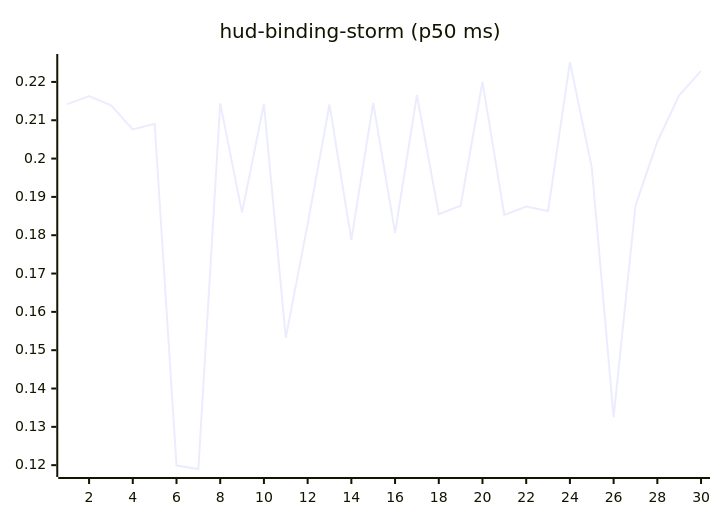
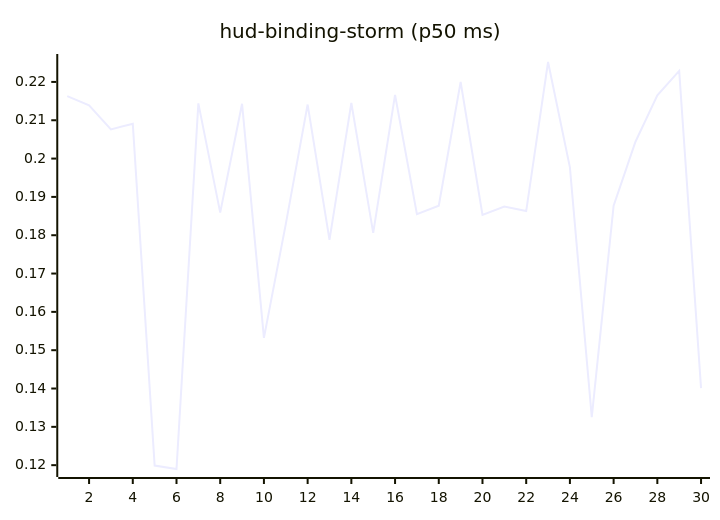
The tenth of 27 diagrams in README.md (josha/Facet), drawn with Mermaid before and after one commit. The commit also changed other lines of this file and 2 other files, not shown here.

````diff
--- a/README.md
+++ b/README.md
@@ -126,6 +126,6 @@
 ```mermaid
 xychart-beta
     title "hud-binding-storm (p50 ms)"
     x-axis 1 --> 30
-    line [0.2142, 0.2163, 0.2139, 0.2076, 0.2091, 0.1199, 0.1190, 0.2144, 0.1859, 0.2143, 0.1532, 0.1829, 0.2141, 0.1788, 0.2145, 0.1806, 0.2166, 0.1855, 0.1877, 0.2200, 0.1853, 0.1875, 0.1863, 0.2252, 0.1977, 0.1325, 0.1877, 0.2044, 0.2165, 0.2229]
+    line [0.2163, 0.2139, 0.2076, 0.2091, 0.1199, 0.1190, 0.2144, 0.1859, 0.2143, 0.1532, 0.1829, 0.2141, 0.1788, 0.2145, 0.1806, 0.2166, 0.1855, 0.1877, 0.2200, 0.1853, 0.1875, 0.1863, 0.2252, 0.1977, 0.1325, 0.1877, 0.2044, 0.2165, 0.2229, 0.1401]
 ```
````
